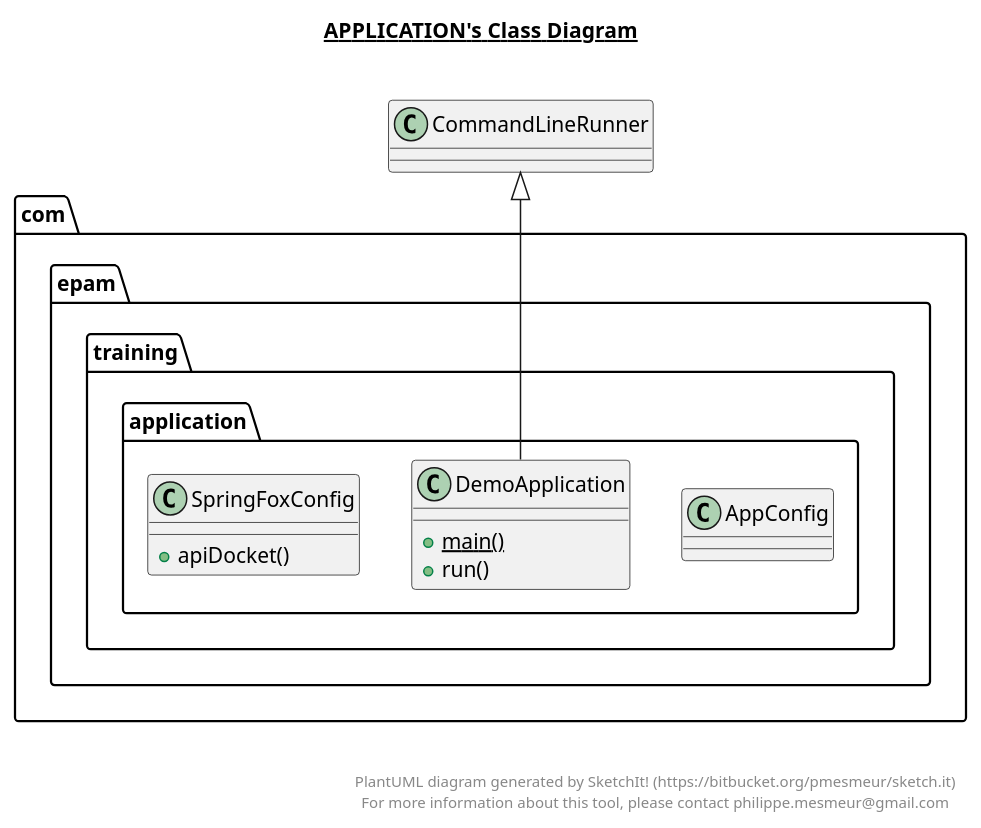
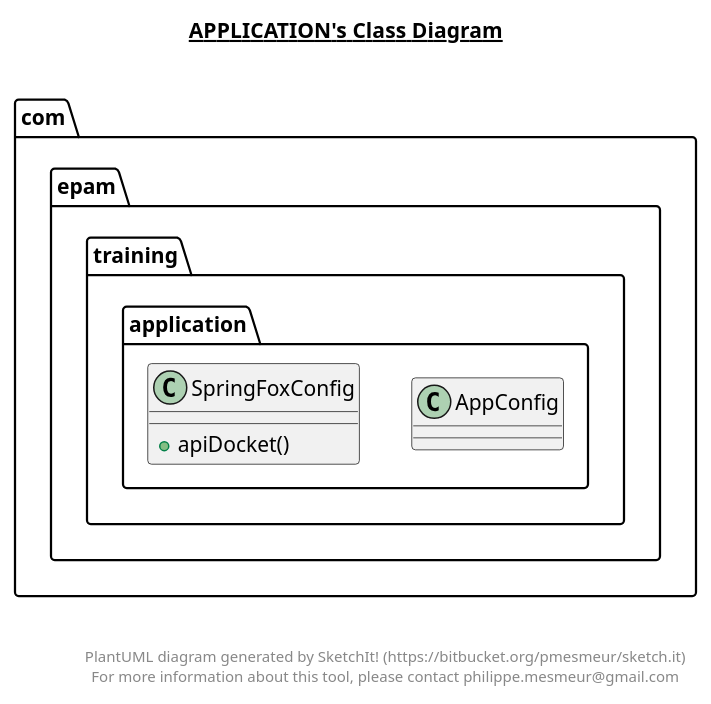
One commit to nik-nenkov/tutoring-rest-api-with-java changed the diagram in src/main/java/com/epam/training/application/application.plantuml. Above: the diagram before and after it, drawn with PlantUML. The commit also changed 28 other files, not shown here.

```diff
--- a/src/main/java/com/epam/training/application/application.plantuml
+++ b/src/main/java/com/epam/training/application/application.plantuml
@@ -1,36 +1,31 @@
 @startuml
 
 title __APPLICATION's Class Diagram__\n
 
-  package com.epam.training.application {
-    class AppConfig {
+  package com.epam.training {
+    package com.epam.training.application {
+      class AppConfig {
+      }
     }
   }
   
 
-  package com.epam.training.application {
-    class DemoApplication {
-        {static} + main()
-        + run()
+  package com.epam.training {
+    package com.epam.training.application {
+      class SpringFoxConfig {
+          + apiDocket()
+      }
     }
   }
   
 
-  package com.epam.training.application {
-    class SpringFoxConfig {
-        + apiDocket()
-    }
-  }
-  
-
-  DemoApplication -up-|> CommandLineRunner
 
 
 right footer
 
 
 PlantUML diagram generated by SketchIt! (https://bitbucket.org/pmesmeur/sketch.it)
 For more information about this tool, please contact philippe.mesmeur@gmail.com
 endfooter
 
 @enduml
```
